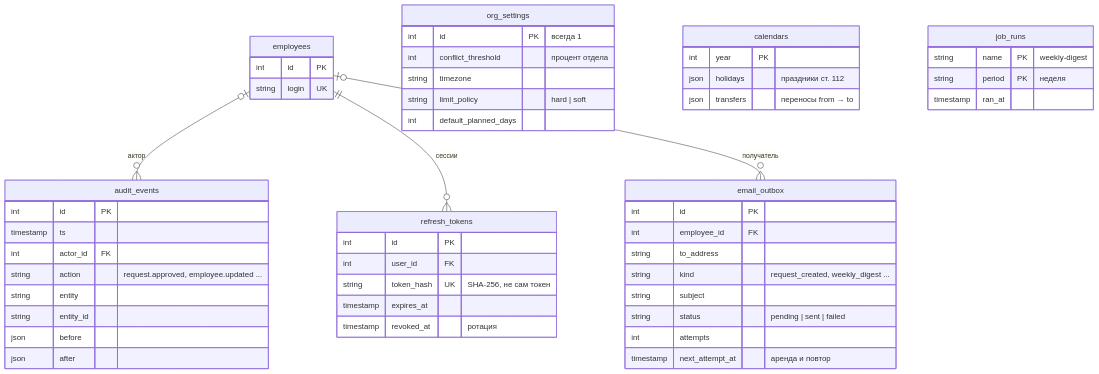
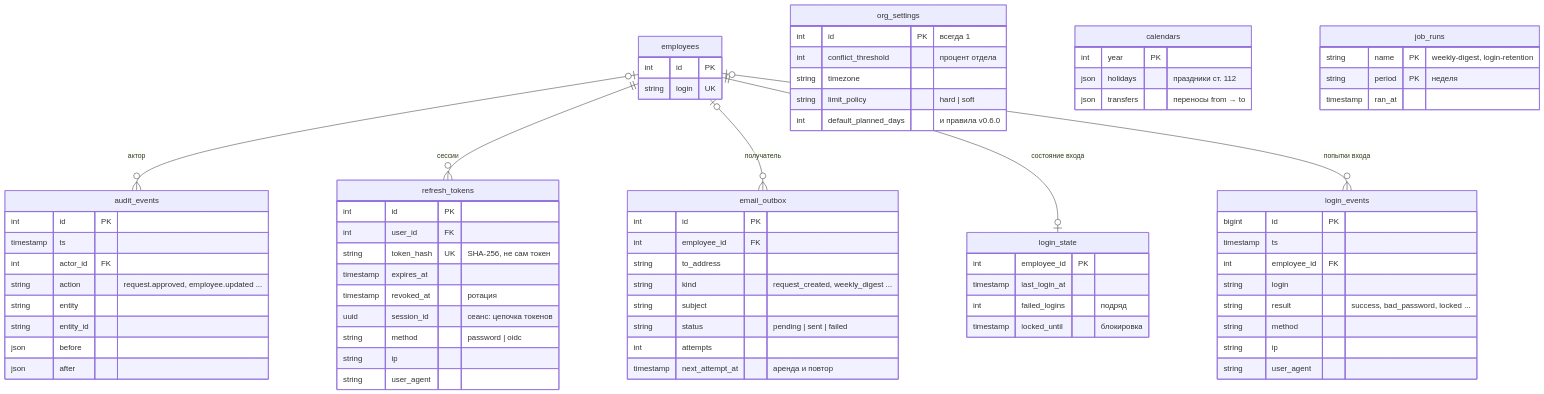
Before and after one commit to ayurasov/vacation-planner: the diagram in docs/diagrams/er-system.mmd, drawn with Mermaid. The commit also changed 91 other files, not shown here.

```diff
--- a/docs/diagrams/er-system.mmd
+++ b/docs/diagrams/er-system.mmd
@@ -1,52 +1,74 @@
 erDiagram
   employees |o--o{ audit_events : "актор"
   employees ||--o{ refresh_tokens : "сессии"
   employees |o--o{ email_outbox : "получатель"
+  employees ||--o| login_state : "состояние входа"
+  employees |o--o{ login_events : "попытки входа"
   audit_events {
     int id PK
     timestamp ts
     int actor_id FK
     string action "request.approved, employee.updated ..."
     string entity
     string entity_id
     json before
     json after
   }
   refresh_tokens {
     int id PK
     int user_id FK
     string token_hash UK "SHA-256, не сам токен"
     timestamp expires_at
     timestamp revoked_at "ротация"
+    uuid session_id "сеанс: цепочка токенов"
+    string method "password | oidc"
+    string ip
+    string user_agent
+  }
+  login_state {
+    int employee_id PK
+    timestamp last_login_at
+    int failed_logins "подряд"
+    timestamp locked_until "блокировка"
+  }
+  login_events {
+    bigint id PK
+    timestamp ts
+    int employee_id FK
+    string login
+    string result "success, bad_password, locked ..."
+    string method
+    string ip
+    string user_agent
   }
   org_settings {
     int id PK "всегда 1"
     int conflict_threshold "процент отдела"
     string timezone
     string limit_policy "hard | soft"
-    int default_planned_days
+    int default_planned_days "и правила v0.6.0"
   }
   calendars {
     int year PK
     json holidays "праздники ст. 112"
     json transfers "переносы from → to"
   }
   email_outbox {
     int id PK
     int employee_id FK
     string to_address
     string kind "request_created, weekly_digest ..."
     string subject
     string status "pending | sent | failed"
     int attempts
     timestamp next_attempt_at "аренда и повтор"
   }
   job_runs {
-    string name PK "weekly-digest"
+    string name PK "weekly-digest, login-retention"
     string period PK "неделя"
     timestamp ran_at
   }
   employees {
     int id PK
     string login UK
   }
```
